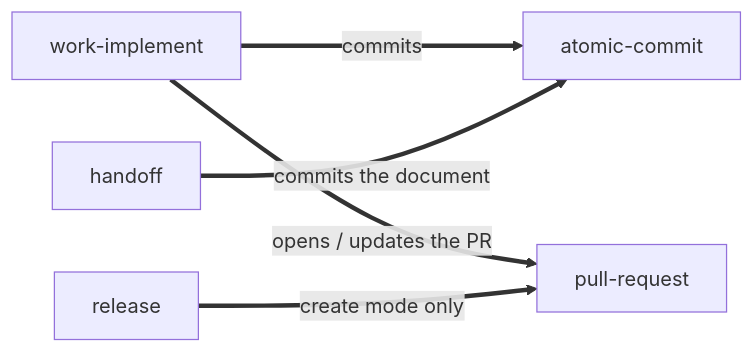
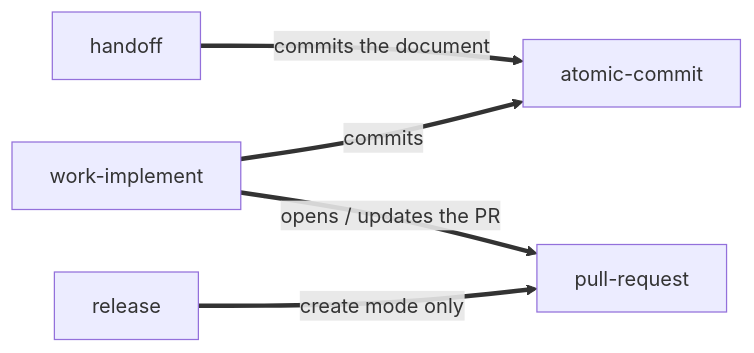
One commit to TitusKirch/skills changed the third of 3 diagrams in docs/3.concepts/1.skill-interplay.md. Above: the diagram before and after it, drawn with Mermaid. The commit also changed other lines of this file and 2 other files, not shown here.

First line of the commit message:
docs: order diagram nodes so no edges cross

````diff
--- a/docs/3.concepts/1.skill-interplay.md
+++ b/docs/3.concepts/1.skill-interplay.md
@@ -72,7 +73,7 @@
 ```mermaid
 flowchart LR
-  wi["work-implement"] ==>|"commits"| ac["atomic-commit"]
-  ho["handoff"] ==>|"commits the document"| ac
+  ho["handoff"] ==>|"commits the document"| ac["atomic-commit"]
+  wi["work-implement"] ==>|"commits"| ac
   wi ==>|"opens / updates the PR"| pr["pull-request"]
   rel["release"] ==>|"create mode only"| pr
 ```
````
